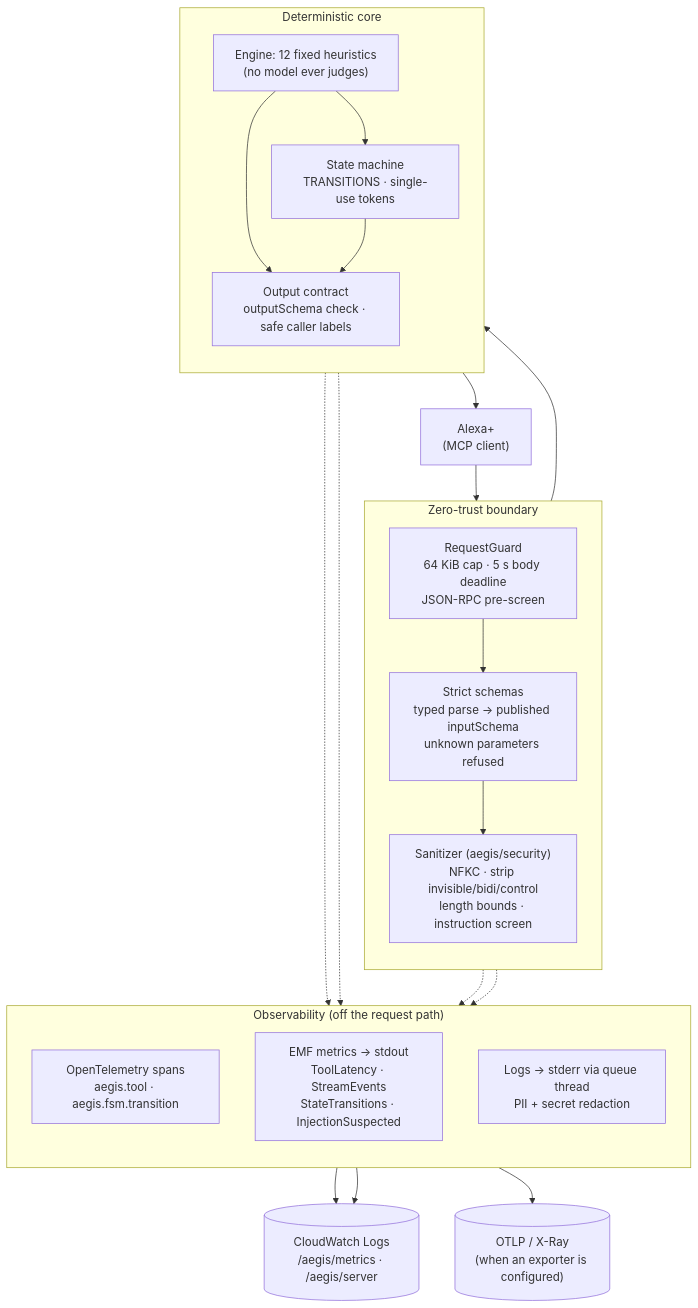
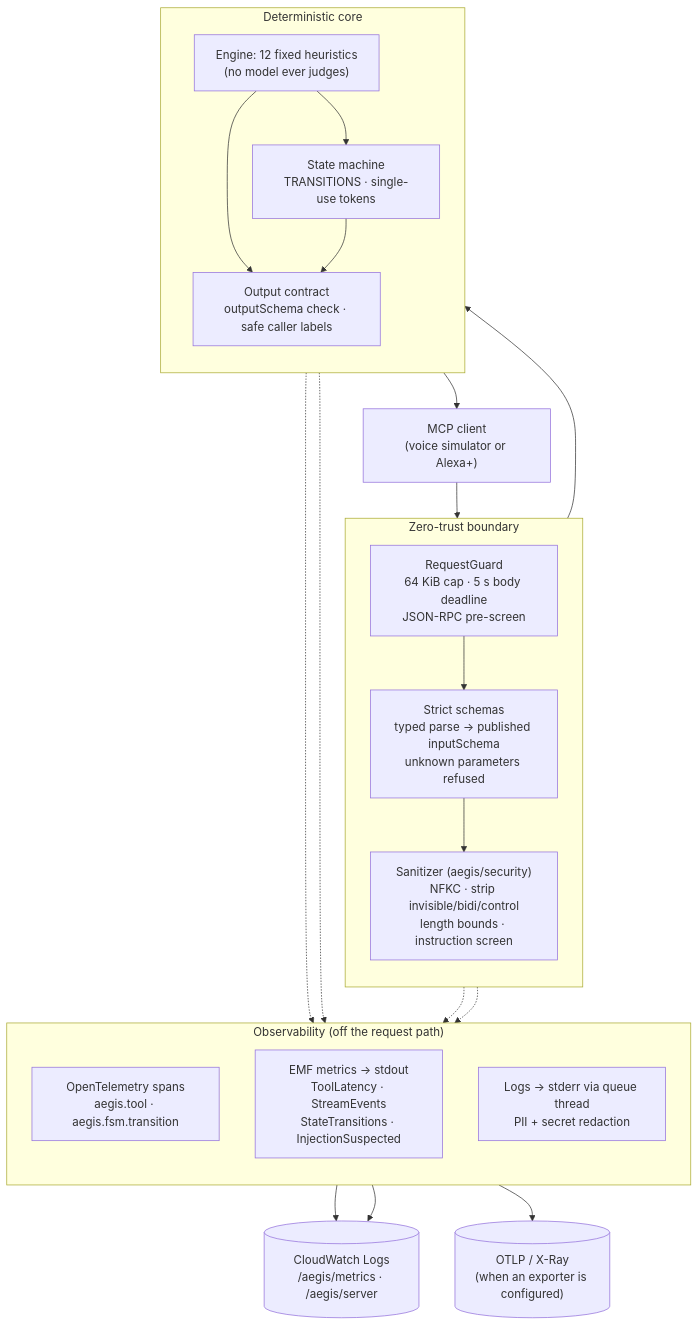
The third of 3 diagrams in README.md (utlityapps/aegis-mcp), drawn with Mermaid before and after one commit. The commit also changed other lines of this file and 9 other files, not shown here.

First line of the commit message:
Point the docs and demo at the web voice simulator

````diff
--- a/README.md
+++ b/README.md
@@ -290,38 +313,38 @@
 ```mermaid
 flowchart TB
-    client["Alexa+<br/>(MCP client)"]
+    client["MCP client<br/>(voice simulator or Alexa+)"]
 
     subgraph boundary["Zero-trust boundary"]
         direction TB
         guard["RequestGuard<br/>64 KiB cap · 5 s body deadline<br/>JSON-RPC pre-screen"]
         schema["Strict schemas<br/>typed parse → published inputSchema<br/>unknown parameters refused"]
         clean["Sanitizer (aegis/security)<br/>NFKC · strip invisible/bidi/control<br/>length bounds · instruction screen"]
     end
 
     subgraph core["Deterministic core"]
         direction TB
         engine["Engine: 12 fixed heuristics<br/>(no model ever judges)"]
         fsm["State machine<br/>TRANSITIONS · single-use tokens"]
         out["Output contract<br/>outputSchema check · safe caller labels"]
     end
 
     subgraph telemetry["Observability (off the request path)"]
         direction TB
         otel["OpenTelemetry spans<br/>aegis.tool · aegis.fsm.transition"]
         emf["EMF metrics → stdout<br/>ToolLatency · StreamEvents<br/>StateTransitions · InjectionSuspected"]
         logs["Logs → stderr via queue thread<br/>PII + secret redaction"]
     end
 
     cw[("CloudWatch Logs<br/>/aegis/metrics · /aegis/server")]
     xray[("OTLP / X-Ray<br/>(when an exporter is configured)")]
 
     client --> guard --> schema --> clean --> engine --> out --> client
     engine --> fsm --> out
     guard -.-> emf
     out -.-> otel
     fsm -.-> otel
     clean -.-> emf
     emf --> cw
     logs --> cw
     otel --> xray
 ```
````
